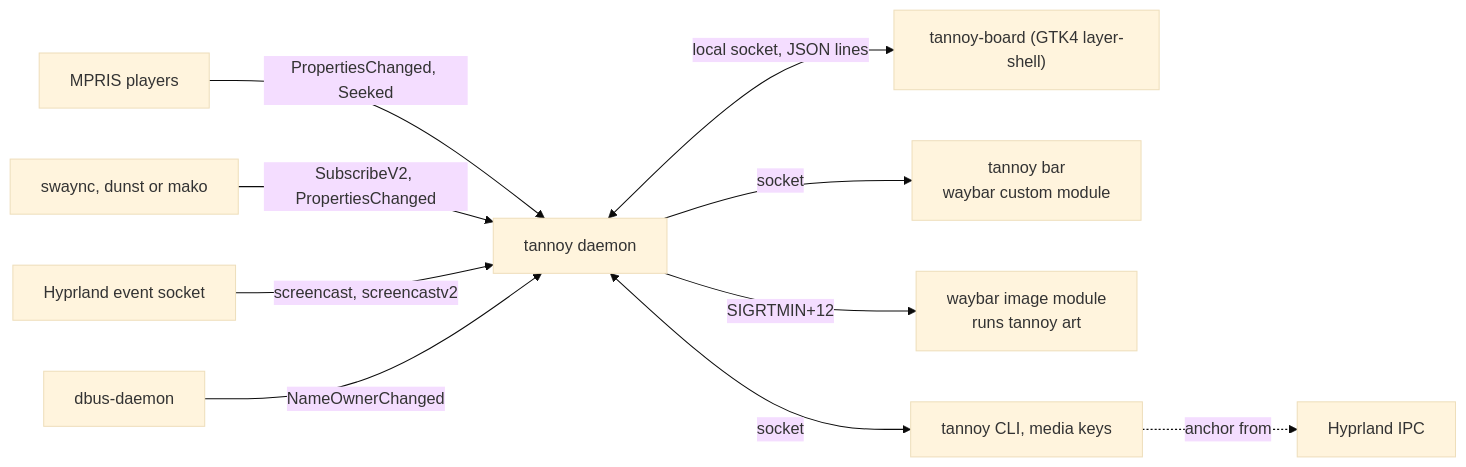
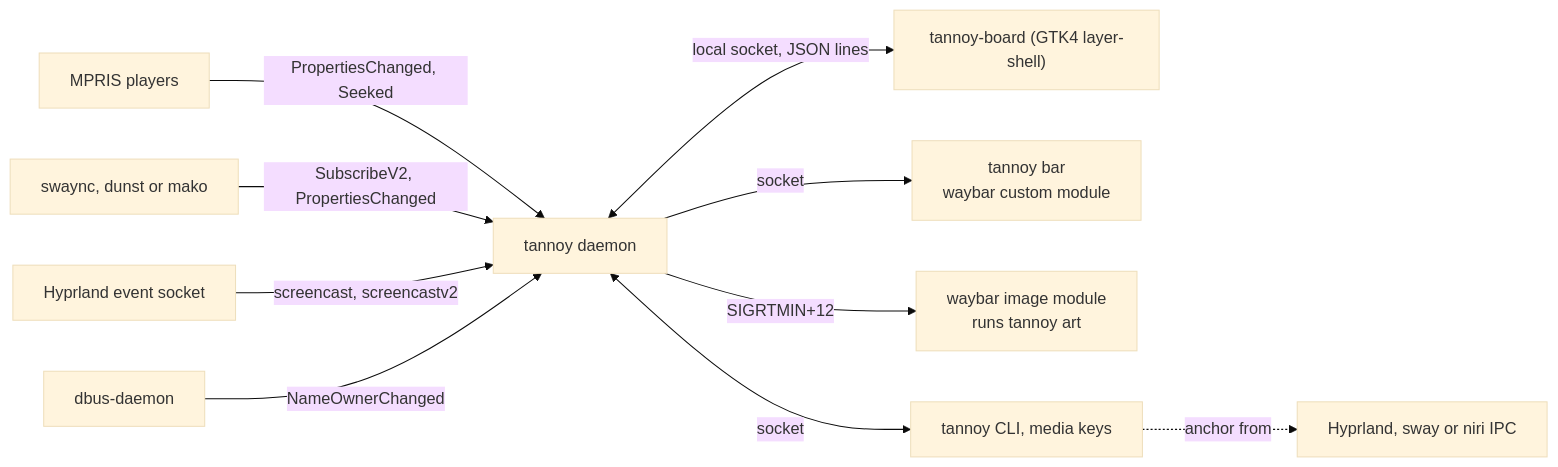
Before and after one commit to NathanielInman/tannoy: the diagram in docs/design.md, drawn with Mermaid (base theme). The commit also changed other lines of this file and 5 other files, not shown here.

First line of the commit message:
feat(cli): open the drawer from the clicked bar under sway and niri

````diff
--- a/docs/design.md
+++ b/docs/design.md
@@ -37,12 +37,12 @@
 ```mermaid
 flowchart LR
   P["MPRIS players"] -- "PropertiesChanged, Seeked" --> D["tannoy daemon"]
   S["swaync, dunst or mako"] -- "SubscribeV2, PropertiesChanged" --> D
   Y["Hyprland event socket"] -- "screencast, screencastv2" --> D
   N["dbus-daemon"] -- "NameOwnerChanged" --> D
   D <-- "local socket, JSON lines" --> B["tannoy-board (GTK4 layer-shell)"]
   D -- socket --> W["tannoy bar<br/>waybar custom module"]
   D -- "SIGRTMIN+12" --> I["waybar image module<br/>runs tannoy art"]
   D <-- socket --> C["tannoy CLI, media keys"]
-  C -. "anchor from" .-> H["Hyprland IPC"]
+  C -. "anchor from" .-> H["Hyprland, sway or niri IPC"]
 ```
````
